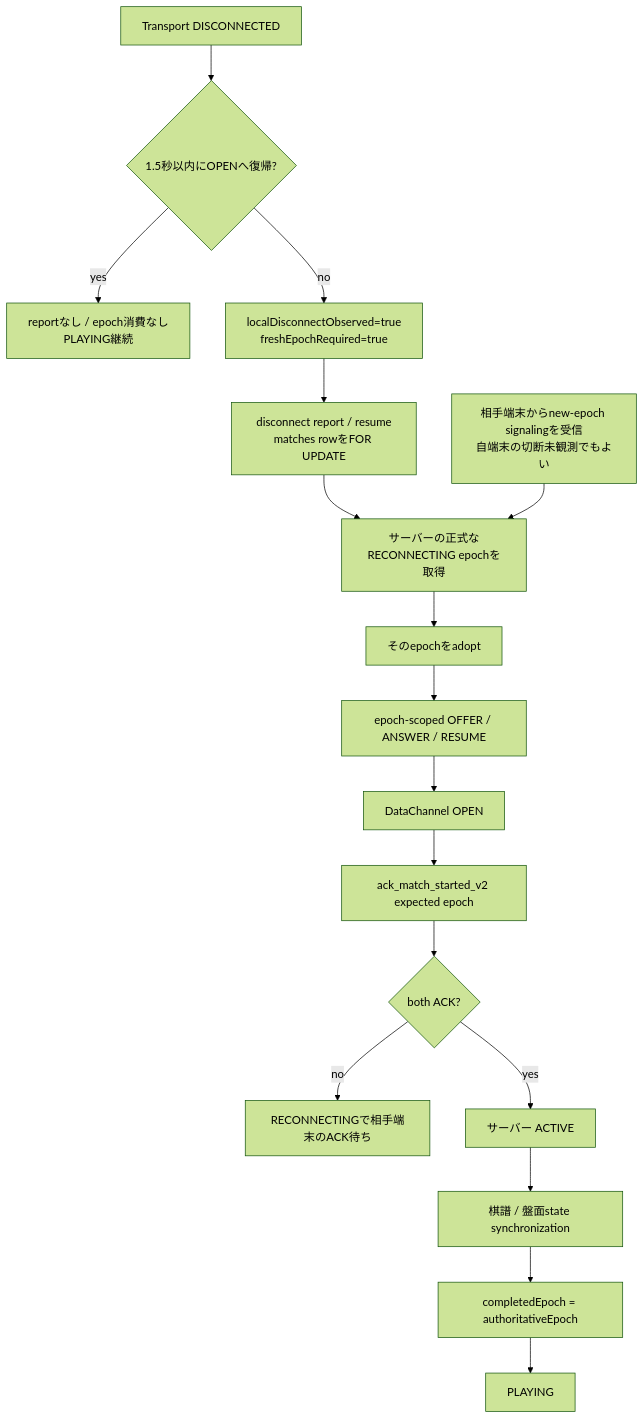
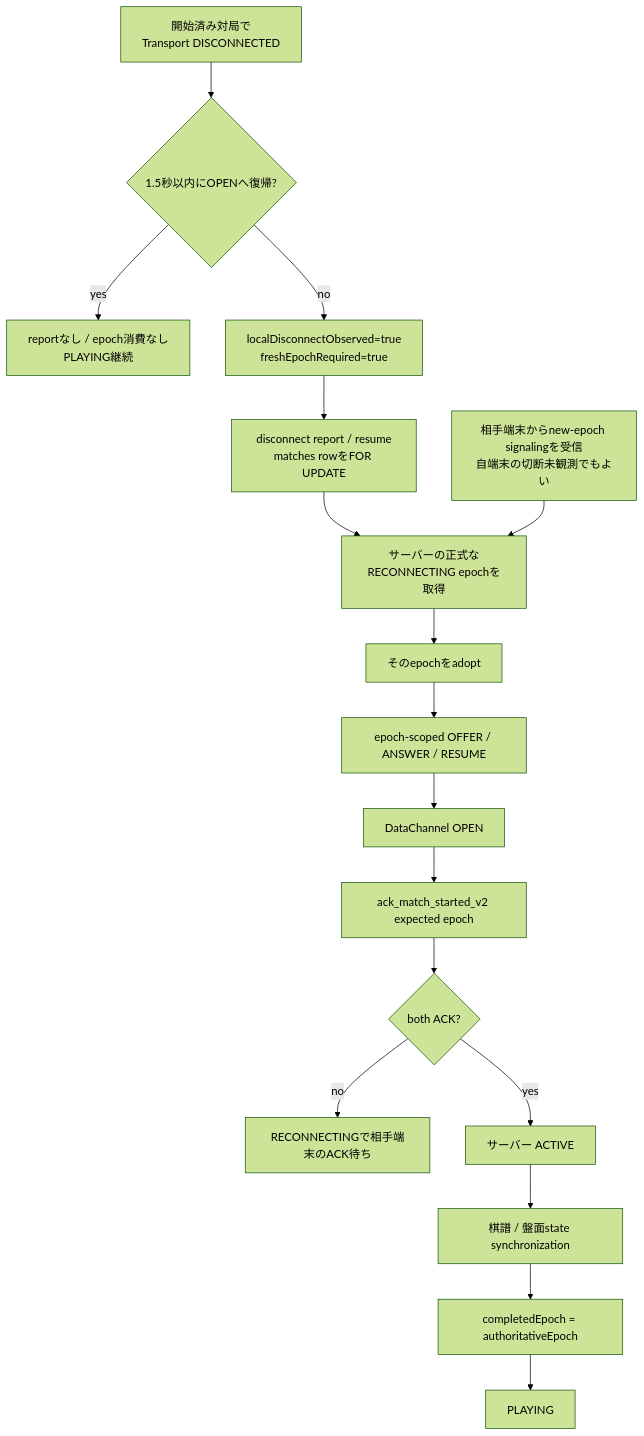
The fifth of 5 diagrams in docs/ONLINE_MATCH_RECONNECT_DESIGN_STORY.md (shinp-dev/othello), drawn with Mermaid (forest theme) before and after one commit. The commit also changed other lines of this file and 1 other file, not shown here.

````diff
--- a/docs/ONLINE_MATCH_RECONNECT_DESIGN_STORY.md
+++ b/docs/ONLINE_MATCH_RECONNECT_DESIGN_STORY.md
@@ -349,19 +367,19 @@
 ```mermaid
 flowchart TD
-    A[Transport DISCONNECTED] --> B{1.5秒以内にOPENへ復帰?}
+    A[開始済み対局で<br/>Transport DISCONNECTED] --> B{1.5秒以内にOPENへ復帰?}
     B -->|yes| C[reportなし / epoch消費なし<br/>PLAYING継続]
     B -->|no| D[localDisconnectObserved=true<br/>freshEpochRequired=true]
     D --> E[disconnect report / resume<br/>matches rowをFOR UPDATE]
     E --> F[サーバーの正式なRECONNECTING epochを取得]
     P[相手端末からnew-epoch signalingを受信<br/>自端末の切断未観測でもよい] --> F
     F --> G[そのepochをadopt]
     G --> H[epoch-scoped OFFER / ANSWER / RESUME]
     H --> I[DataChannel OPEN]
     I --> J[ack_match_started_v2 expected epoch]
     J --> K{both ACK?}
     K -->|no| L[RECONNECTINGで相手端末のACK待ち]
     K -->|yes| M[サーバー ACTIVE]
     M --> N[棋譜 / 盤面state synchronization]
     N --> O[completedEpoch = authoritativeEpoch]
     O --> Q[PLAYING]
 ```
````
